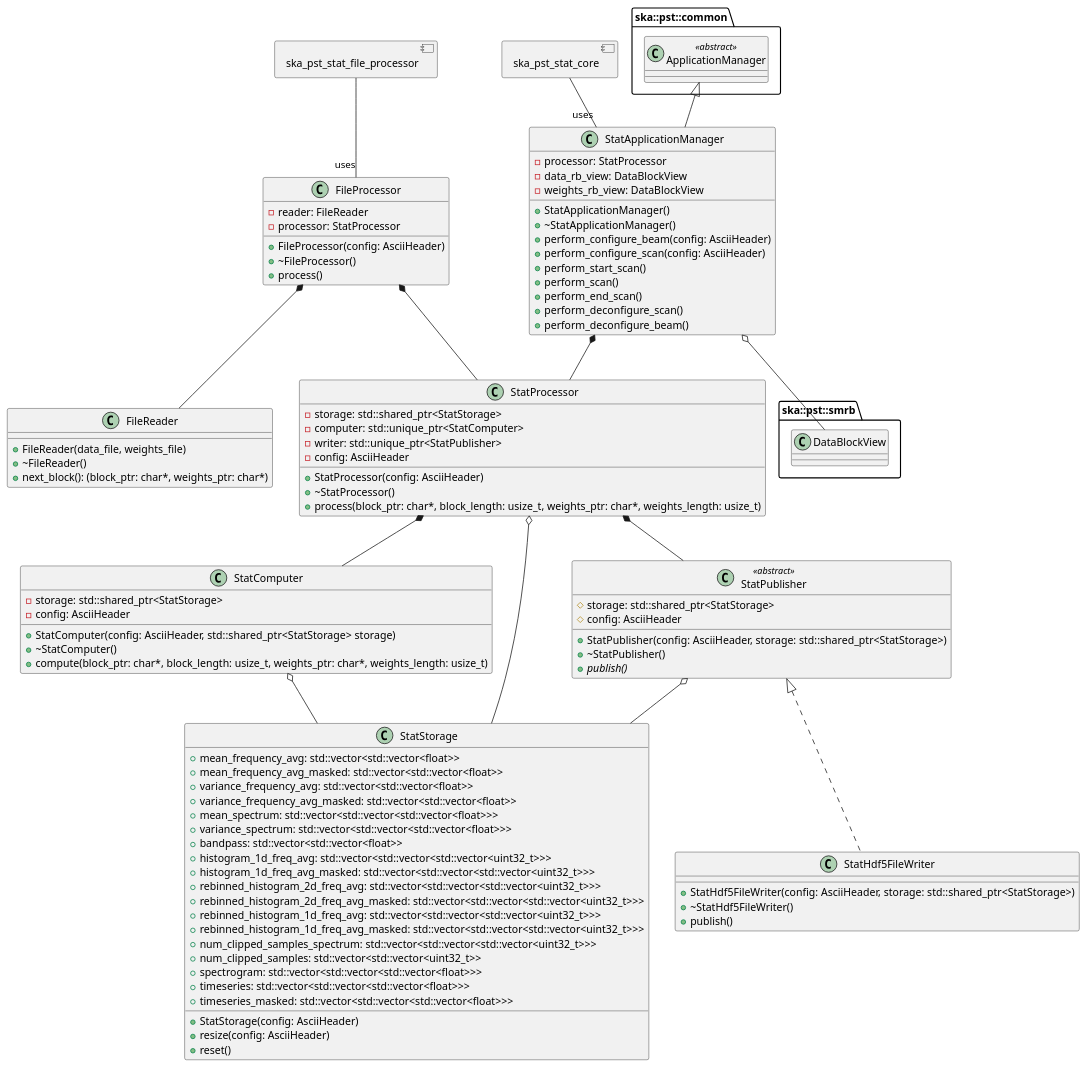
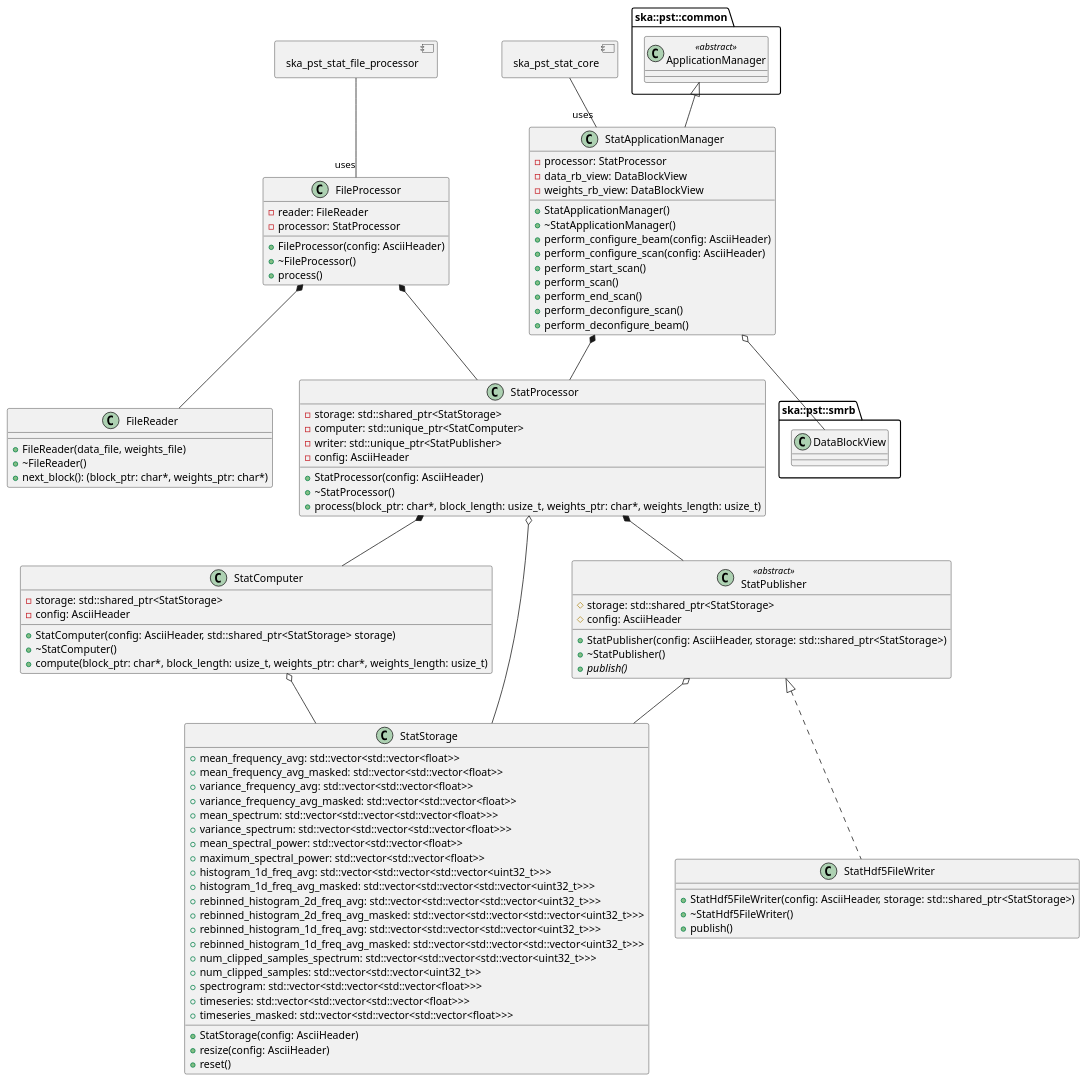
The diagram in docs/src/architecture/class_diagram.puml (ska-telescope/ska-pst-stat), drawn with PlantUML before and after one commit. The commit also changed 9 other files, not shown here.

```diff
--- a/docs/src/architecture/class_diagram.puml
+++ b/docs/src/architecture/class_diagram.puml
@@ -1,115 +1,116 @@
 @startuml PST Stat Class Diagram
 allow_mixing
 
 package ska::pst::common {
   class ApplicationManager <<abstract>>
 
 } 
 package ska::pst::smrb {
   class DataBlockView
 } 
 
 class StatApplicationManager {
   + StatApplicationManager()
   + ~StatApplicationManager()
   + perform_configure_beam(config: AsciiHeader)
   + perform_configure_scan(config: AsciiHeader)
   + perform_start_scan()
   + perform_scan()
   + perform_end_scan()
   + perform_deconfigure_scan()
   + perform_deconfigure_beam()
   - processor: StatProcessor
   - data_rb_view: DataBlockView
   - weights_rb_view: DataBlockView
 }
 
 class FileProcessor {
   + FileProcessor(config: AsciiHeader)
   + ~FileProcessor()
   + process()
   - reader: FileReader
   - processor: StatProcessor
 }
 
 class FileReader {
   + FileReader(data_file, weights_file)
   + ~FileReader()
   + next_block(): (block_ptr: char*, weights_ptr: char*)
 }
 
 class StatProcessor {
   + StatProcessor(config: AsciiHeader)
   + ~StatProcessor()
   + process(block_ptr: char*, block_length: usize_t, weights_ptr: char*, weights_length: usize_t)
   - storage: std::shared_ptr<StatStorage> 
   - computer: std::unique_ptr<StatComputer>
   - writer: std::unique_ptr<StatPublisher>
   - config: AsciiHeader
 }
 
 class StatComputer {
   + StatComputer(config: AsciiHeader, std::shared_ptr<StatStorage> storage)
   + ~StatComputer()
   + compute(block_ptr: char*, block_length: usize_t, weights_ptr: char*, weights_length: usize_t)
   - storage: std::shared_ptr<StatStorage> 
   - config: AsciiHeader
 }
 
 class StatStorage {
   + StatStorage(config: AsciiHeader)
   + resize(config: AsciiHeader)
   + reset()
   + mean_frequency_avg: std::vector<std::vector<float>>
   + mean_frequency_avg_masked: std::vector<std::vector<float>>
   + variance_frequency_avg: std::vector<std::vector<float>>
   + variance_frequency_avg_masked: std::vector<std::vector<float>>
   + mean_spectrum: std::vector<std::vector<std::vector<float>>>
   + variance_spectrum: std::vector<std::vector<std::vector<float>>>
-  + bandpass: std::vector<std::vector<float>>
+  + mean_spectral_power: std::vector<std::vector<float>>
+  + maximum_spectral_power: std::vector<std::vector<float>>
   + histogram_1d_freq_avg: std::vector<std::vector<std::vector<uint32_t>>>
   + histogram_1d_freq_avg_masked: std::vector<std::vector<std::vector<uint32_t>>>
   + rebinned_histogram_2d_freq_avg: std::vector<std::vector<std::vector<uint32_t>>>
   + rebinned_histogram_2d_freq_avg_masked: std::vector<std::vector<std::vector<uint32_t>>>
   + rebinned_histogram_1d_freq_avg: std::vector<std::vector<std::vector<uint32_t>>>
   + rebinned_histogram_1d_freq_avg_masked: std::vector<std::vector<std::vector<uint32_t>>>
   + num_clipped_samples_spectrum: std::vector<std::vector<std::vector<uint32_t>>>
   + num_clipped_samples: std::vector<std::vector<uint32_t>>
   + spectrogram: std::vector<std::vector<std::vector<float>>>
   + timeseries: std::vector<std::vector<std::vector<float>>>
   + timeseries_masked: std::vector<std::vector<std::vector<float>>>
 }
 
 class StatPublisher <<abstract>> {
   # storage: std::shared_ptr<StatStorage>
   # config: AsciiHeader
   + StatPublisher(config: AsciiHeader, storage: std::shared_ptr<StatStorage>)
   + ~StatPublisher()
   {abstract} + publish()
 }
 
 class StatHdf5FileWriter implements StatPublisher {
   + StatHdf5FileWriter(config: AsciiHeader, storage: std::shared_ptr<StatStorage>)
   + ~StatHdf5FileWriter()
   + publish()
 }
 
 StatProcessor *-- StatComputer
 StatProcessor *-- StatPublisher
 StatProcessor o-- StatStorage 
 StatComputer o-- StatStorage
 StatPublisher o-- StatStorage
 
 ApplicationManager <|-- StatApplicationManager
 StatApplicationManager o-- DataBlockView
 StatApplicationManager *-- StatProcessor
 
 FileProcessor *-- FileReader
 FileProcessor *-- StatProcessor
 
 component ska_pst_stat_core
 ska_pst_stat_core -- "uses" StatApplicationManager
 component ska_pst_stat_file_processor
 ska_pst_stat_file_processor -- "uses" FileProcessor
 
 @enduml
```
